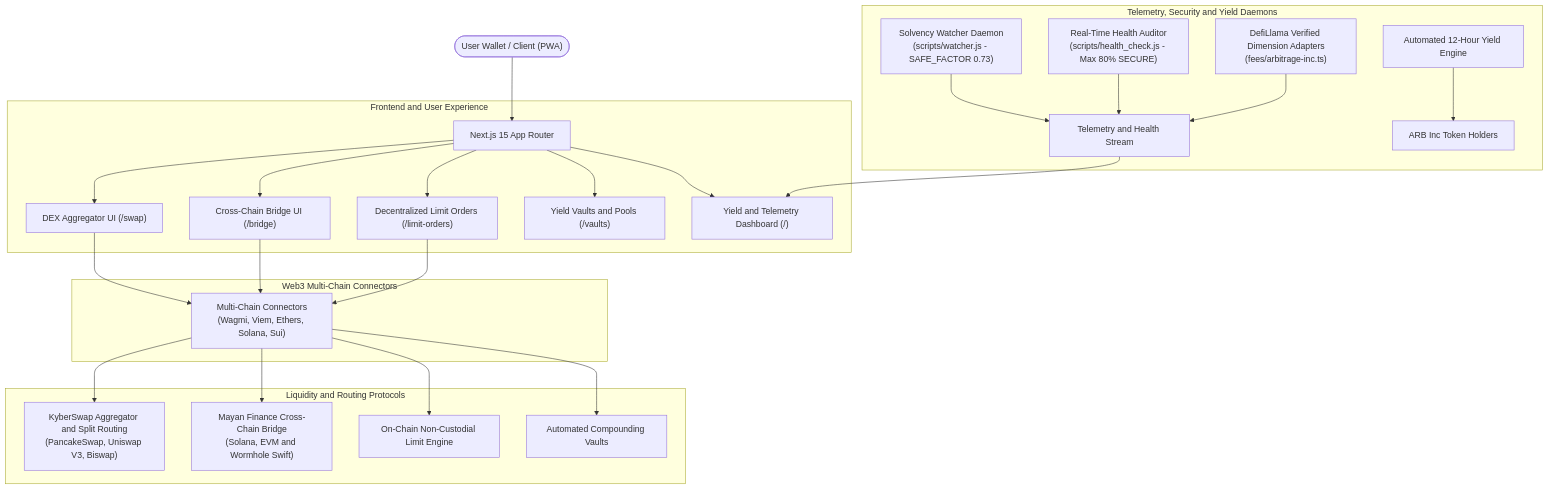
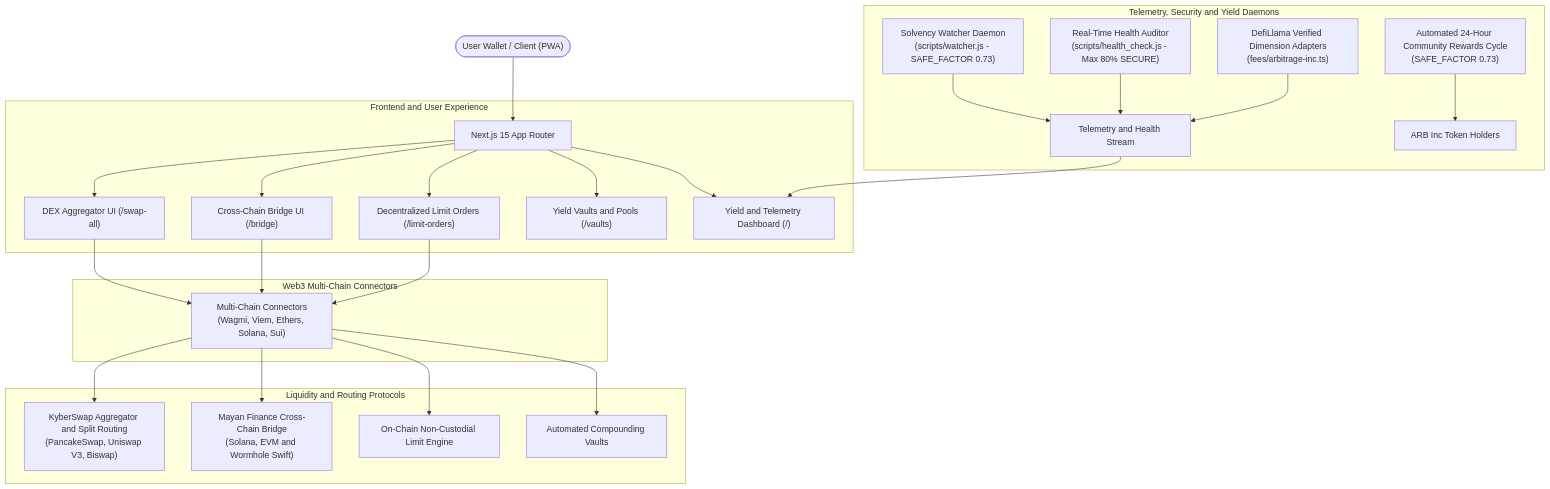
One commit to arbincept/Arb-Inc-All-in-Dex changed the diagram in README.md. Above: the diagram before and after it, drawn with Mermaid. The commit also changed other lines of this file, not shown here.

````diff
--- a/README.md
+++ b/README.md
@@ -61,33 +61,33 @@
 ```mermaid
 flowchart TD
     User(["User Wallet / Client (PWA)"]) --> Router["Next.js 15 App Router"]
     
     subgraph Frontend["Frontend and User Experience"]
-        Router --> SwapUI["DEX Aggregator UI (/swap)"]
+        Router --> SwapUI["DEX Aggregator UI (/swap-all)"]
         Router --> BridgeUI["Cross-Chain Bridge UI (/bridge)"]
         Router --> LimitUI["Decentralized Limit Orders (/limit-orders)"]
         Router --> VaultsUI["Yield Vaults and Pools (/vaults)"]
         Router --> DashUI["Yield and Telemetry Dashboard (/)"]
     end
     
     subgraph Web3Core["Web3 Multi-Chain Connectors"]
         SwapUI --> Connectors["Multi-Chain Connectors<br>(Wagmi, Viem, Ethers, Solana, Sui)"]
         BridgeUI --> Connectors
         LimitUI --> Connectors
     end
     
     subgraph ExecutionEngine["Liquidity and Routing Protocols"]
         Connectors --> Kyber["KyberSwap Aggregator and Split Routing<br>(PancakeSwap, Uniswap V3, Biswap)"]
         Connectors --> Mayan["Mayan Finance Cross-Chain Bridge<br>(Solana, EVM and Wormhole Swift)"]
         Connectors --> LimitOrders["On-Chain Non-Custodial Limit Engine"]
         Connectors --> Beefy["Automated Compounding Vaults"]
     end
     
     subgraph DaemonSecurity["Telemetry, Security and Yield Daemons"]
         Watcher["Solvency Watcher Daemon<br>(scripts/watcher.js - SAFE_FACTOR 0.73)"] --> Telemetry["Telemetry and Health Stream"]
         HealthCheck["Real-Time Health Auditor<br>(scripts/health_check.js - Max 80% SECURE)"] --> Telemetry
         DefiLlama["DefiLlama Verified Dimension Adapters<br>(fees/arbitrage-inc.ts)"] --> Telemetry
         Telemetry --> DashUI
-        YieldDistributor["Automated 12-Hour Yield Engine"] --> Holders["ARB Inc Token Holders"]
+        YieldDistributor["Automated 24-Hour Community Rewards Cycle<br>(SAFE_FACTOR 0.73)"] --> Holders["ARB Inc Token Holders"]
     end
 ```
````
